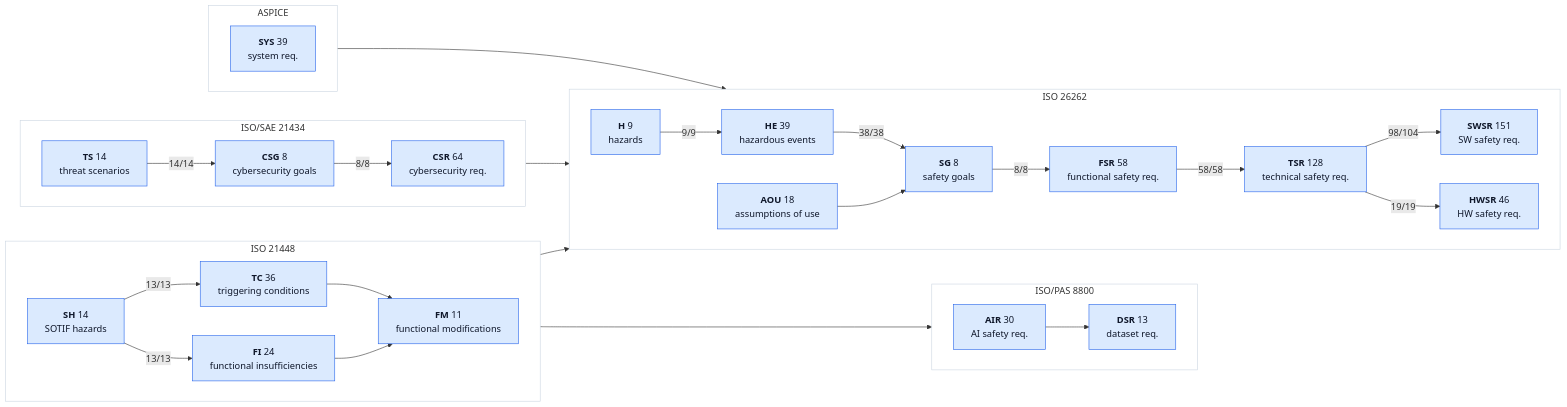
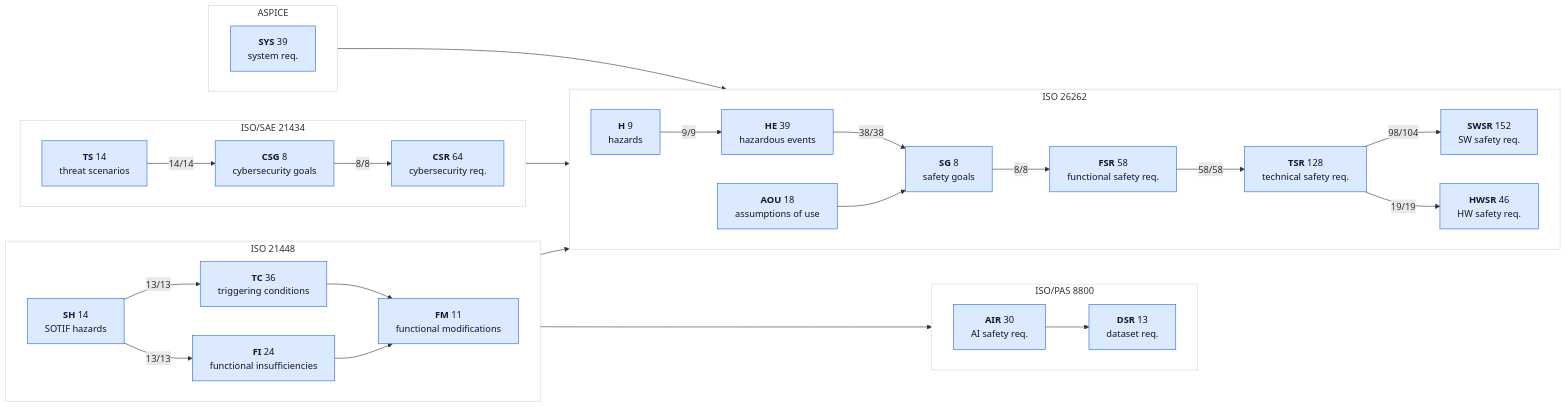
One commit to jherrodthomas/LionDriver changed the second of 2 diagrams in assurance/trace/maps/aspice-trace-map.md. Above: the diagram before and after it, drawn with Mermaid. The commit also changed other lines of this file and 25 other files, not shown here.

````diff
--- a/assurance/trace/maps/aspice-trace-map.md
+++ b/assurance/trace/maps/aspice-trace-map.md
@@ -188,61 +188,61 @@
 ```mermaid
 flowchart LR
   subgraph ISO26262["ISO 26262"]
     direction LR
     kH["<b>H</b> 9<br/>hazards"]:::traced
     kHE["<b>HE</b> 39<br/>hazardous events"]:::traced
     kSG["<b>SG</b> 8<br/>safety goals"]:::traced
     kFSR["<b>FSR</b> 58<br/>functional safety req."]:::traced
     kTSR["<b>TSR</b> 128<br/>technical safety req."]:::traced
-    kSWSR["<b>SWSR</b> 151<br/>SW safety req."]:::traced
+    kSWSR["<b>SWSR</b> 152<br/>SW safety req."]:::traced
     kHWSR["<b>HWSR</b> 46<br/>HW safety req."]:::traced
     kAOU["<b>AOU</b> 18<br/>assumptions of use"]:::traced
   end
   style ISO26262 fill:#FFFFFF,stroke:#CBD5E1
   subgraph ISO21448["ISO 21448"]
     direction LR
     kSH["<b>SH</b> 14<br/>SOTIF hazards"]:::traced
     kTC["<b>TC</b> 36<br/>triggering conditions"]:::traced
     kFI["<b>FI</b> 24<br/>functional insufficiencies"]:::traced
     kFM["<b>FM</b> 11<br/>functional modifications"]:::traced
   end
   style ISO21448 fill:#FFFFFF,stroke:#CBD5E1
   subgraph ISOPAS8800["ISO/PAS 8800"]
     direction LR
     kAIR["<b>AIR</b> 30<br/>AI safety req."]:::traced
     kDSR["<b>DSR</b> 13<br/>dataset req."]:::traced
   end
   style ISOPAS8800 fill:#FFFFFF,stroke:#CBD5E1
   subgraph ISOSAE21434["ISO/SAE 21434"]
     direction LR
     kTS["<b>TS</b> 14<br/>threat scenarios"]:::traced
     kCSG["<b>CSG</b> 8<br/>cybersecurity goals"]:::traced
     kCSR["<b>CSR</b> 64<br/>cybersecurity req."]:::traced
   end
   style ISOSAE21434 fill:#FFFFFF,stroke:#CBD5E1
   subgraph ASPICE["ASPICE"]
     direction LR
     kSYS["<b>SYS</b> 39<br/>system req."]:::traced
   end
   style ASPICE fill:#FFFFFF,stroke:#CBD5E1
   kH -->|"9/9"| kHE
   kHE -->|"38/38"| kSG
   kSG -->|"8/8"| kFSR
   kFSR -->|"58/58"| kTSR
   kTSR -->|"98/104"| kSWSR
   kTSR -->|"19/19"| kHWSR
   kAOU --> kSG
   kSH -->|"13/13"| kTC
   kSH -->|"13/13"| kFI
   kTC --> kFM
   kFI --> kFM
   kSH --> kH
   kFI --> kAIR
   kAIR --> kDSR
   kTS -->|"14/14"| kCSG
   kCSG -->|"8/8"| kCSR
   kCSG --> kSG
   kSYS --> kTSR
   classDef traced fill:#DBEAFE,stroke:#2563EB,color:#0F172A
   classDef doc fill:#F1F5F9,stroke:#94A3B8,stroke-dasharray:4 3,color:#475569
 ```
````
